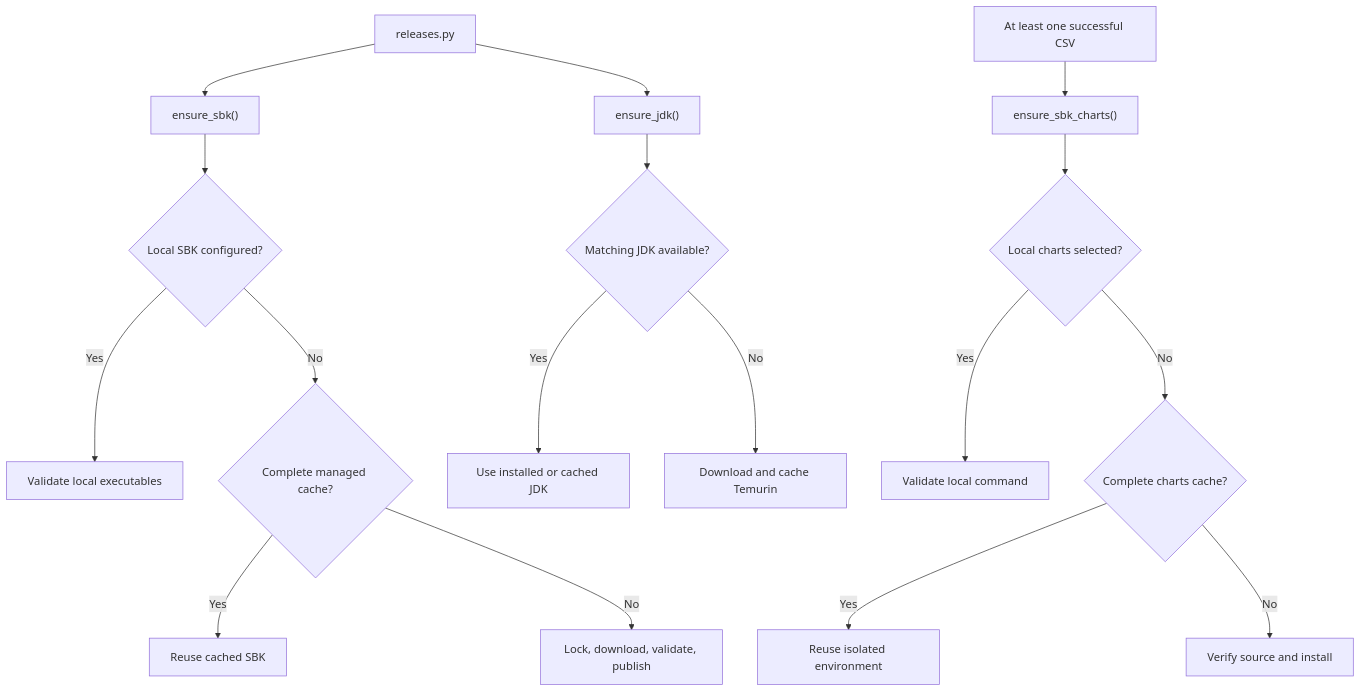
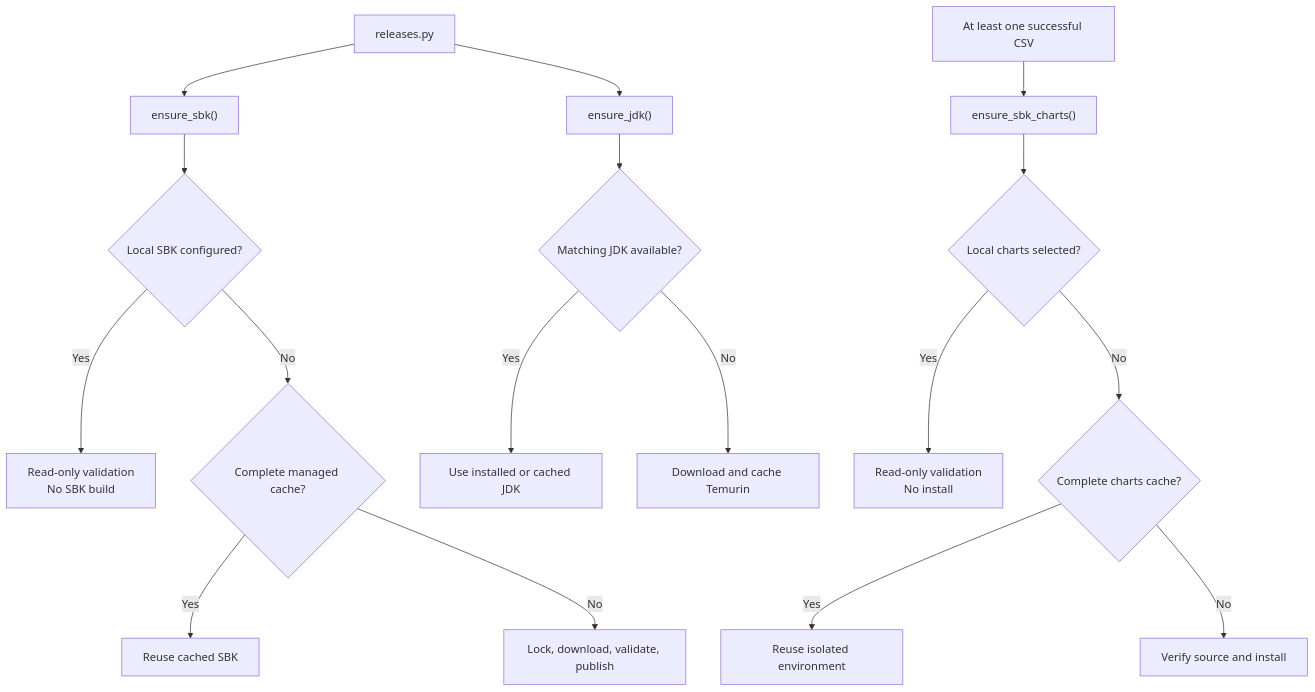
One commit to kmgowda/sbk-analytics changed the third of 7 diagrams in analytics/ARCHITECTURE.md. Above: the diagram before and after it, drawn with Mermaid. The commit also changed other lines of this file and 25 other files, not shown here.

````diff
--- a/analytics/ARCHITECTURE.md
+++ b/analytics/ARCHITECTURE.md
@@ -88,23 +90,23 @@
 ```mermaid
 flowchart TB
     Resolver["releases.py"]
 
     Resolver --> EnsureSBK["ensure_sbk()"]
     EnsureSBK --> LocalSBK{"Local SBK configured?"}
-    LocalSBK -->|Yes| ValidateSBK["Validate local executables"]
+    LocalSBK -->|Yes| ValidateSBK["Read-only validation<br/>No SBK build"]
     LocalSBK -->|No| CachedSBK{"Complete managed cache?"}
     CachedSBK -->|Yes| ReuseSBK["Reuse cached SBK"]
     CachedSBK -->|No| DownloadSBK["Lock, download, validate, publish"]
 
     Resolver --> EnsureJDK["ensure_jdk()"]
     EnsureJDK --> ExistingJDK{"Matching JDK available?"}
     ExistingJDK -->|Yes| ReuseJDK["Use installed or cached JDK"]
     ExistingJDK -->|No| DownloadJDK["Download and cache Temurin"]
 
     CSV["At least one successful CSV"] --> EnsureCharts["ensure_sbk_charts()"]
     EnsureCharts --> LocalCharts{"Local charts selected?"}
-    LocalCharts -->|Yes| ValidateCharts["Validate local command"]
+    LocalCharts -->|Yes| ValidateCharts["Read-only validation<br/>No install"]
     LocalCharts -->|No| CachedCharts{"Complete charts cache?"}
     CachedCharts -->|Yes| ReuseCharts["Reuse isolated environment"]
     CachedCharts -->|No| InstallCharts["Verify source and install"]
 ```
````
